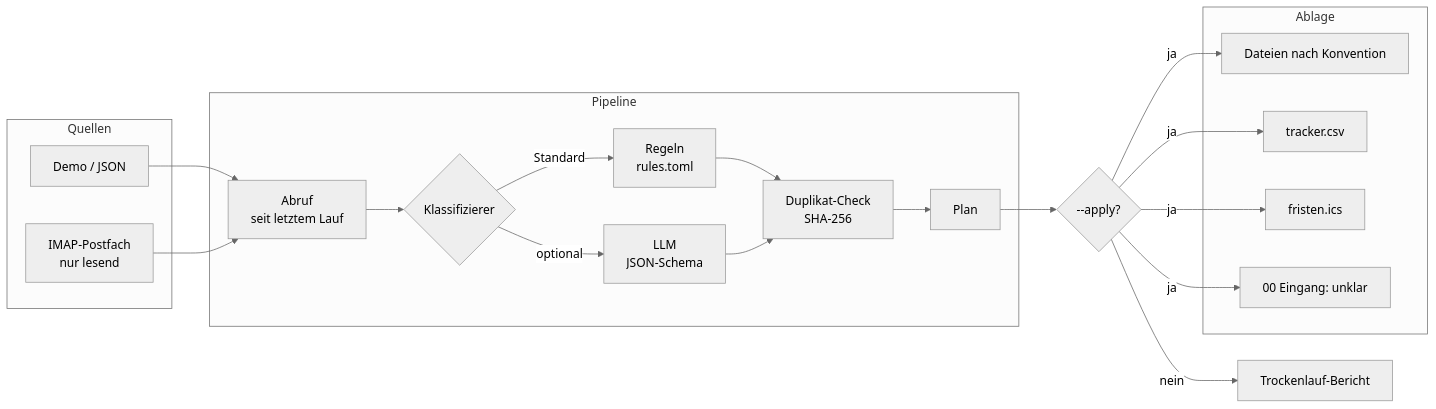
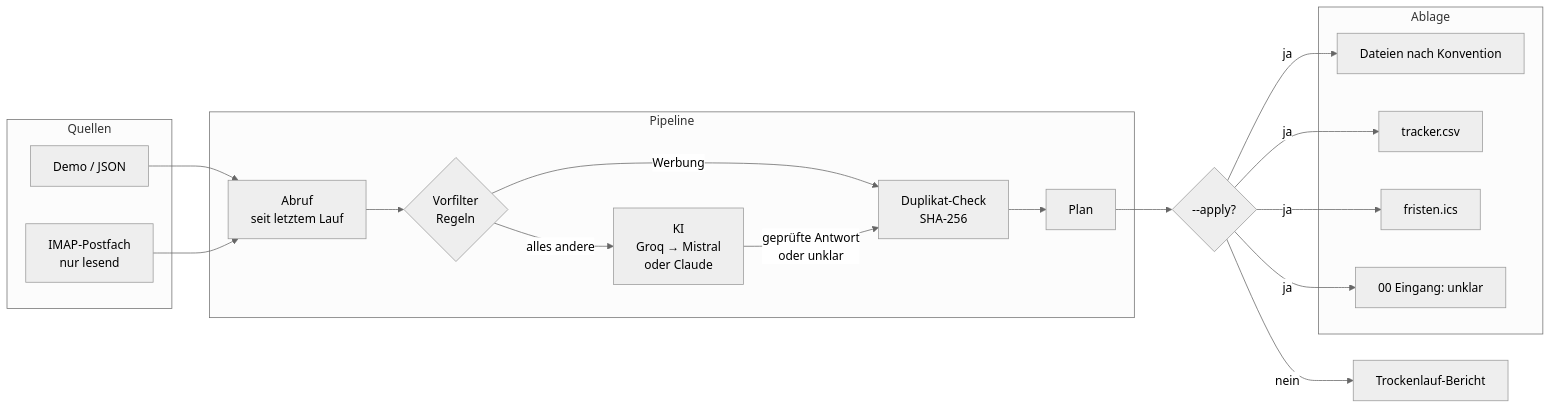
Before and after one commit to trais92/paperpilot: the diagram in README.md, drawn with Mermaid (neutral theme). The commit also changed other lines of this file and 31 other files, not shown here.

First line of the commit message:
KI-Schicht: Port LanguageModel, Groq/Mistral über urllib, Claude über SDK, Vorfilter

````diff
--- a/README.md
+++ b/README.md
@@ -81,26 +81,25 @@
 ```mermaid
 flowchart LR
     subgraph Quellen
         J[Demo / JSON]
         I[IMAP-Postfach<br/>nur lesend]
     end
     subgraph Pipeline
-        F[Abruf<br/>seit letztem Lauf] --> C{Klassifizierer}
-        C -->|Standard| R[Regeln<br/>rules.toml]
-        C -->|optional| L[LLM<br/>JSON-Schema]
-        R --> D[Duplikat-Check<br/>SHA-256]
-        L --> D
+        F[Abruf<br/>seit letztem Lauf] --> V{Vorfilter<br/>Regeln}
+        V -->|Werbung| D[Duplikat-Check<br/>SHA-256]
+        V -->|alles andere| L[KI<br/>Groq → Mistral<br/>oder Claude]
+        L -->|geprüfte Antwort<br/>oder unklar| D
         D --> P[Plan]
     end
     P --> H{--apply?}
     H -->|nein| T[Trockenlauf-Bericht]
     subgraph Ablage
         A[Dateien nach Konvention]
         K[tracker.csv]
         X[fristen.ics]
         E[00 Eingang: unklar]
     end
     H -->|ja| A & K & X & E
     J --> F
     I --> F
 ```
````
